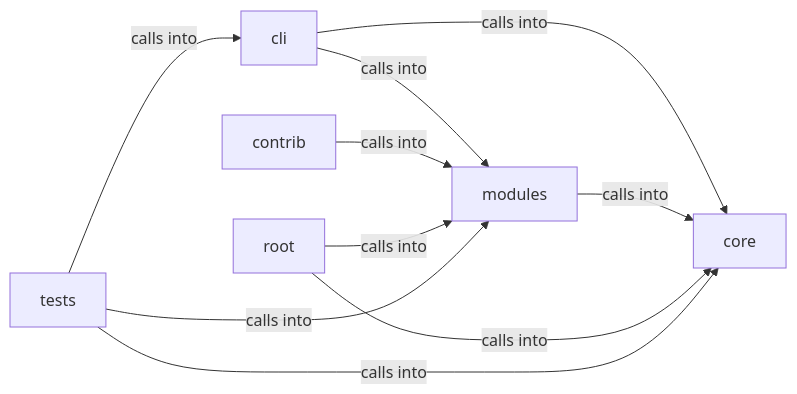
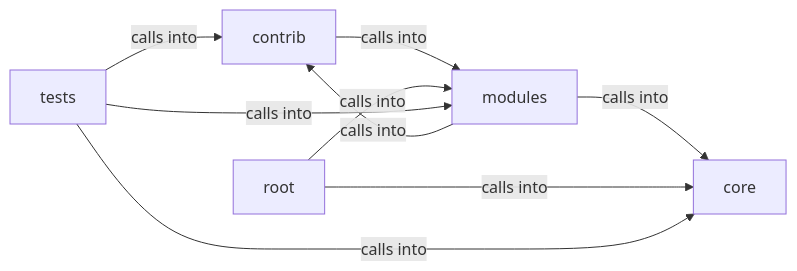
Before and after one commit to grisuno/LazyOwn: the diagram in readmenator-diagrams/modules_llm_budget.md, drawn with Mermaid. The commit also changed other lines of this file and 496 other files, not shown here.

````diff
--- a/readmenator-diagrams/modules_llm_budget.md
+++ b/readmenator-diagrams/modules_llm_budget.md
@@ -5,18 +5,16 @@
 ```mermaid
 graph LR
-    cli["cli"]
     contrib["contrib"]
     core["core"]
     modules["modules"]
     root["root"]
     tests["tests"]
-    cli -- "calls into" --> core
-    cli -- "calls into" --> modules
     contrib -- "calls into" --> modules
+    modules -- "calls into" --> contrib
     modules -- "calls into" --> core
     root -- "calls into" --> core
     root -- "calls into" --> modules
-    tests -- "calls into" --> cli
+    tests -- "calls into" --> contrib
     tests -- "calls into" --> core
     tests -- "calls into" --> modules
 ```
````
